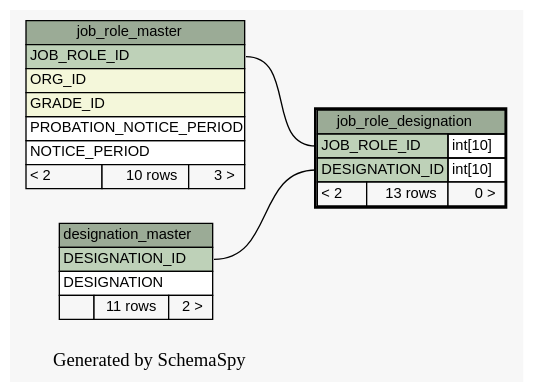
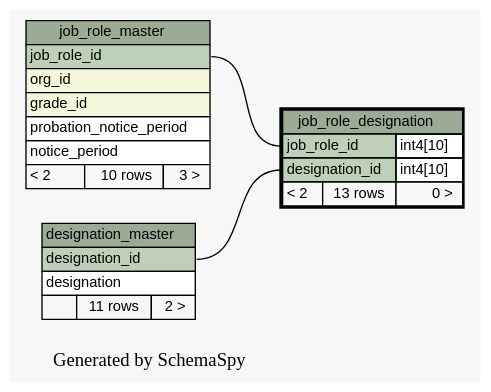
Before and after one commit to engineerscraft/hrms: the diagram in docs/database/schemaspy/graphs/job_role_designation.1degree.dot, drawn with Graphviz. The commit also changed 214 other files, not shown here.

```diff
--- a/docs/database/schemaspy/graphs/job_role_designation.1degree.dot
+++ b/docs/database/schemaspy/graphs/job_role_designation.1degree.dot
@@ -1,55 +1,55 @@
 // dot 2.38.0 on Windows 7 6.1
 digraph "oneDegreeRelationshipsGraph" {
   graph [
     rankdir="RL"
     bgcolor="#f7f7f7"
     label="\nGenerated by SchemaSpy"
     labeljust="l"
   ];
   node [
     fontname="Helvetica"
     fontsize="11"
     shape="plaintext"
   ];
   edge [
     arrowsize="0.8"
   ];
-  "job_role_designation":"DESIGNATION_ID":w -> "designation_master":"DESIGNATION_ID":e [arrowtail=crowtee arrowhead=none];
-  "job_role_designation":"JOB_ROLE_ID":w -> "job_role_master":"JOB_ROLE_ID":e [arrowtail=crowtee arrowhead=none];
+  "job_role_designation":"designation_id":w -> "designation_master":"designation_id":e [arrowtail=crowtee arrowhead=none];
+  "job_role_designation":"job_role_id":w -> "job_role_master":"job_role_id":e [arrowtail=crowtee arrowhead=none];
   "designation_master" [
     label=<
     <TABLE BORDER="0" CELLBORDER="1" CELLSPACING="0" BGCOLOR="#ffffff">
       <TR><TD PORT="designation_master.heading" COLSPAN="3" BGCOLOR="#9bab96" ALIGN="CENTER">designation_master</TD></TR>
-      <TR><TD PORT="DESIGNATION_ID" COLSPAN="3" BGCOLOR="#bed1b8" ALIGN="LEFT">DESIGNATION_ID</TD></TR>
-      <TR><TD PORT="DESIGNATION" COLSPAN="3" ALIGN="LEFT">DESIGNATION</TD></TR>
+      <TR><TD PORT="designation_id" COLSPAN="3" BGCOLOR="#bed1b8" ALIGN="LEFT">designation_id</TD></TR>
+      <TR><TD PORT="designation" COLSPAN="3" ALIGN="LEFT">designation</TD></TR>
       <TR><TD ALIGN="LEFT" BGCOLOR="#f7f7f7">  </TD><TD ALIGN="RIGHT" BGCOLOR="#f7f7f7">11 rows</TD><TD ALIGN="RIGHT" BGCOLOR="#f7f7f7">2 &gt;</TD></TR>
     </TABLE>>
     URL="designation_master.html#graph"
     tooltip="designation_master"
   ];
   "job_role_designation" [
     label=<
     <TABLE BORDER="2" CELLBORDER="1" CELLSPACING="0" BGCOLOR="#ffffff">
       <TR><TD PORT="job_role_designation.heading" COLSPAN="3" BGCOLOR="#9bab96" ALIGN="CENTER">job_role_designation</TD></TR>
-      <TR><TD PORT="JOB_ROLE_ID" COLSPAN="2" BGCOLOR="#bed1b8" ALIGN="LEFT">JOB_ROLE_ID</TD><TD PORT="JOB_ROLE_ID.type" ALIGN="LEFT">int[10]</TD></TR>
-      <TR><TD PORT="DESIGNATION_ID" COLSPAN="2" BGCOLOR="#bed1b8" ALIGN="LEFT">DESIGNATION_ID</TD><TD PORT="DESIGNATION_ID.type" ALIGN="LEFT">int[10]</TD></TR>
+      <TR><TD PORT="job_role_id" COLSPAN="2" BGCOLOR="#bed1b8" ALIGN="LEFT">job_role_id</TD><TD PORT="job_role_id.type" ALIGN="LEFT">int4[10]</TD></TR>
+      <TR><TD PORT="designation_id" COLSPAN="2" BGCOLOR="#bed1b8" ALIGN="LEFT">designation_id</TD><TD PORT="designation_id.type" ALIGN="LEFT">int4[10]</TD></TR>
       <TR><TD ALIGN="LEFT" BGCOLOR="#f7f7f7">&lt; 2</TD><TD ALIGN="RIGHT" BGCOLOR="#f7f7f7">13 rows</TD><TD ALIGN="RIGHT" BGCOLOR="#f7f7f7">0 &gt;</TD></TR>
     </TABLE>>
     URL="job_role_designation.html#"
     tooltip="job_role_designation"
   ];
   "job_role_master" [
     label=<
     <TABLE BORDER="0" CELLBORDER="1" CELLSPACING="0" BGCOLOR="#ffffff">
       <TR><TD PORT="job_role_master.heading" COLSPAN="3" BGCOLOR="#9bab96" ALIGN="CENTER">job_role_master</TD></TR>
-      <TR><TD PORT="JOB_ROLE_ID" COLSPAN="3" BGCOLOR="#bed1b8" ALIGN="LEFT">JOB_ROLE_ID</TD></TR>
-      <TR><TD PORT="ORG_ID" COLSPAN="3" BGCOLOR="#f4f7da" ALIGN="LEFT">ORG_ID</TD></TR>
-      <TR><TD PORT="GRADE_ID" COLSPAN="3" BGCOLOR="#f4f7da" ALIGN="LEFT">GRADE_ID</TD></TR>
-      <TR><TD PORT="PROBATION_NOTICE_PERIOD" COLSPAN="3" ALIGN="LEFT">PROBATION_NOTICE_PERIOD</TD></TR>
-      <TR><TD PORT="NOTICE_PERIOD" COLSPAN="3" ALIGN="LEFT">NOTICE_PERIOD</TD></TR>
+      <TR><TD PORT="job_role_id" COLSPAN="3" BGCOLOR="#bed1b8" ALIGN="LEFT">job_role_id</TD></TR>
+      <TR><TD PORT="org_id" COLSPAN="3" BGCOLOR="#f4f7da" ALIGN="LEFT">org_id</TD></TR>
+      <TR><TD PORT="grade_id" COLSPAN="3" BGCOLOR="#f4f7da" ALIGN="LEFT">grade_id</TD></TR>
+      <TR><TD PORT="probation_notice_period" COLSPAN="3" ALIGN="LEFT">probation_notice_period</TD></TR>
+      <TR><TD PORT="notice_period" COLSPAN="3" ALIGN="LEFT">notice_period</TD></TR>
       <TR><TD ALIGN="LEFT" BGCOLOR="#f7f7f7">&lt; 2</TD><TD ALIGN="RIGHT" BGCOLOR="#f7f7f7">10 rows</TD><TD ALIGN="RIGHT" BGCOLOR="#f7f7f7">3 &gt;</TD></TR>
     </TABLE>>
     URL="job_role_master.html#graph"
     tooltip="job_role_master"
   ];
 }
```
